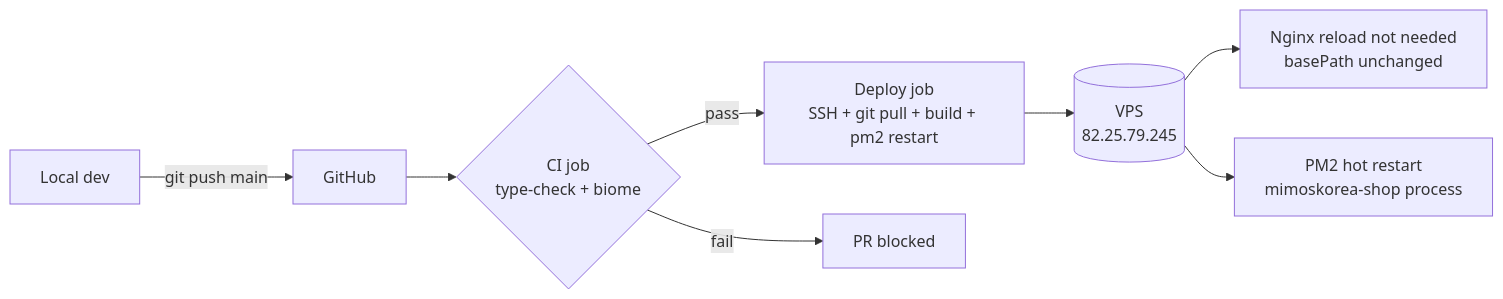
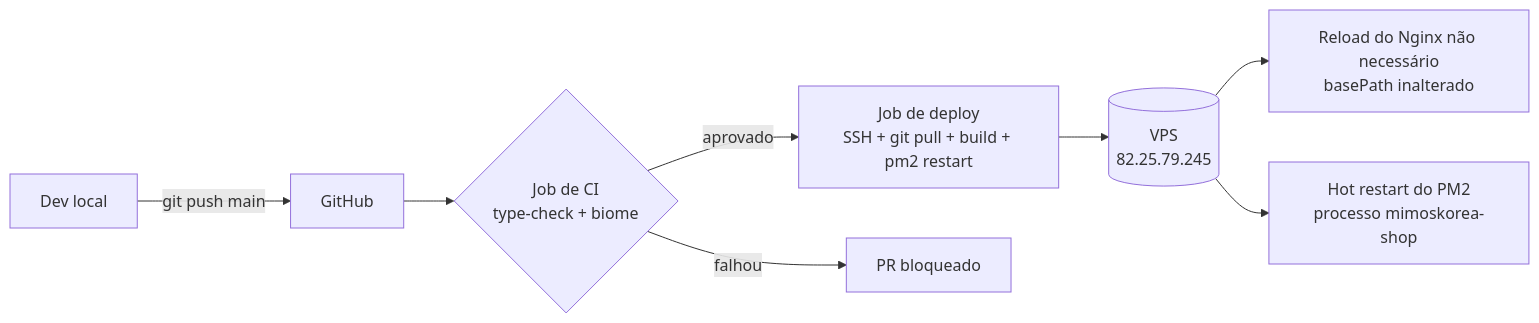
Before and after one commit to davccavalcante/mimoskorea-shop: the fourth of 4 diagrams in README.md, drawn with Mermaid. The commit also changed other lines of this file and 8 other files, not shown here.

````diff
--- a/README.md
+++ b/README.md
@@ -173,10 +173,10 @@
 ```mermaid
 flowchart LR
-    Dev[Local dev] -- git push main --> GH[GitHub]
-    GH --> CI{CI job<br/>type-check + biome}
-    CI -- pass --> Deploy[Deploy job<br/>SSH + git pull + build + pm2 restart]
-    CI -- fail --> Block[PR blocked]
+    Dev[Dev local] -- git push main --> GH[GitHub]
+    GH --> CI{Job de CI<br/>type-check + biome}
+    CI -- aprovado --> Deploy[Job de deploy<br/>SSH + git pull + build + pm2 restart]
+    CI -- falhou --> Block[PR bloqueado]
     Deploy --> Server[(VPS<br/>82.25.79.245)]
-    Server --> Nginx[Nginx reload not needed<br/>basePath unchanged]
-    Server --> PM2[PM2 hot restart<br/>mimoskorea-shop process]
+    Server --> Nginx[Reload do Nginx não necessário<br/>basePath inalterado]
+    Server --> PM2[Hot restart do PM2<br/>processo mimoskorea-shop]
 ```
````
